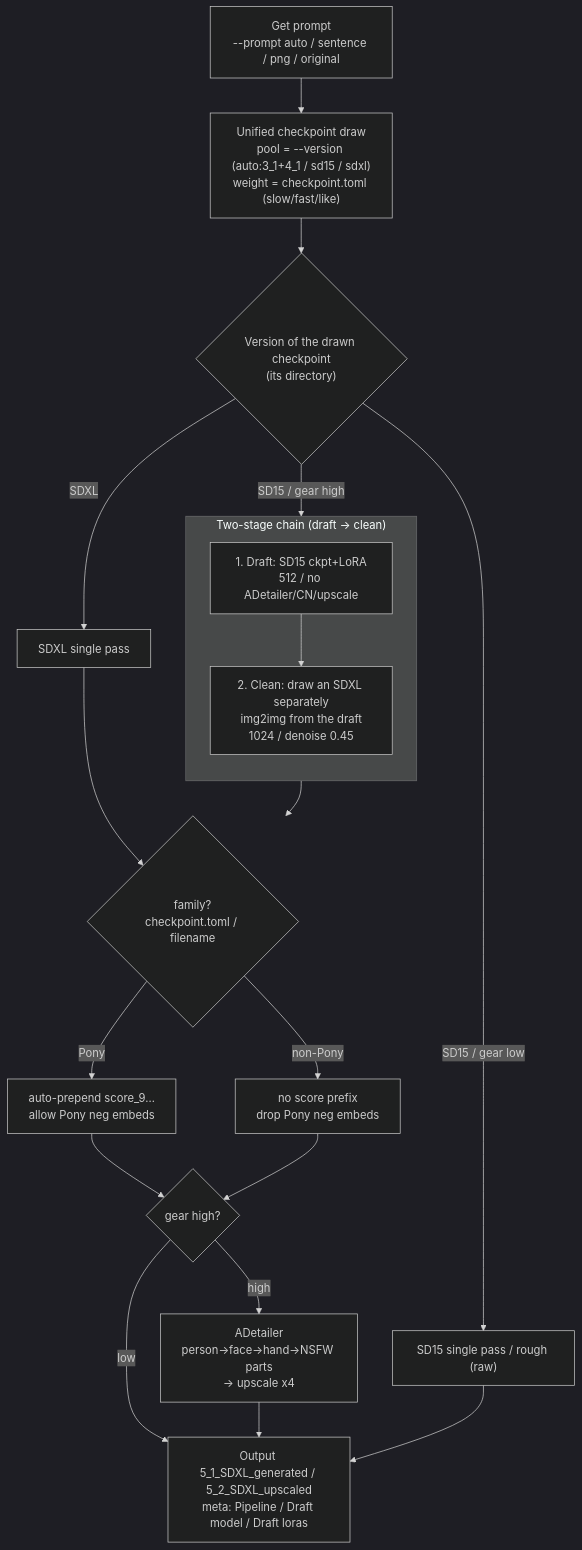
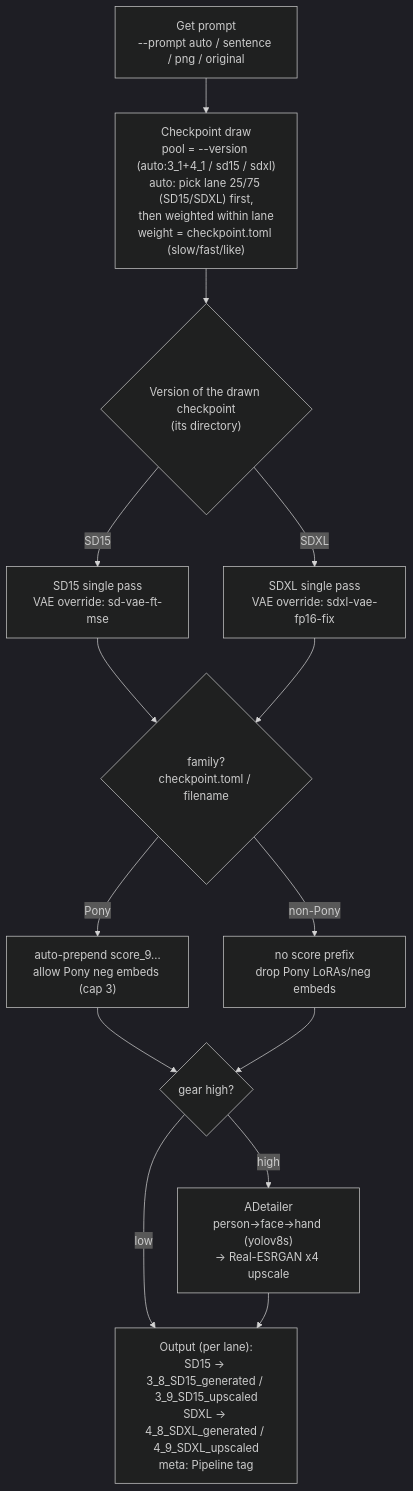
One commit to AZO234/comfyui_playground changed the diagram in README.md. Above: the diagram before and after it, drawn with Mermaid (dark theme). The commit also changed other lines of this file and 11 other files, not shown here.

````diff
--- a/README.md
+++ b/README.md
@@ -100,29 +118,21 @@
 ```mermaid
 flowchart TD
   P["Get prompt<br/>--prompt auto / sentence / png / original"]
-  P --> CK["Unified checkpoint draw<br/>pool = --version (auto:3_1+4_1 / sd15 / sdxl)<br/>weight = checkpoint.toml (slow/fast/like)"]
+  P --> CK["Checkpoint draw<br/>pool = --version (auto:3_1+4_1 / sd15 / sdxl)<br/>auto: pick lane 25/75 (SD15/SDXL) first,<br/>then weighted within lane<br/>weight = checkpoint.toml (slow/fast/like)"]
   CK --> V{"Version of the drawn checkpoint<br/>(its directory)"}
 
-  V -->|"SD15 / gear high"| DR1
-  V -->|"SD15 / gear low"| S1["SD15 single pass / rough (raw)"]
-  V -->|"SDXL"| S2["SDXL single pass"]
+  V -->|"SD15"| S1["SD15 single pass<br/>VAE override: sd-vae-ft-mse"]
+  V -->|"SDXL"| S2["SDXL single pass<br/>VAE override: sdxl-vae-fp16-fix"]
 
-  subgraph DR["Two-stage chain (draft → clean)"]
-    direction TB
-    DR1["1. Draft: SD15 ckpt+LoRA<br/>512 / no ADetailer/CN/upscale"]
-    DR1 --> DR2["2. Clean: draw an SDXL separately<br/>img2img from the draft<br/>1024 / denoise 0.45"]
-  end
-
-  DR2 --> FAM
+  S1 --> FAM
   S2 --> FAM
   FAM{"family?<br/>checkpoint.toml / filename"}
-  FAM -->|Pony| FP["auto-prepend score_9…<br/>allow Pony neg embeds"]
-  FAM -->|non-Pony| FN["no score prefix<br/>drop Pony neg embeds"]
+  FAM -->|Pony| FP["auto-prepend score_9…<br/>allow Pony neg embeds (cap 3)"]
+  FAM -->|non-Pony| FN["no score prefix<br/>drop Pony LoRAs/neg embeds"]
 
   FP --> HG{"gear high?"}
   FN --> HG
-  HG -->|high| AD["ADetailer<br/>person→face→hand→NSFW parts<br/>→ upscale x4"]
+  HG -->|high| AD["ADetailer<br/>person→face→hand (yolov8s)<br/>→ Real-ESRGAN x4 upscale"]
   HG -->|low| OUT
-  AD --> OUT["Output 5_1_SDXL_generated / 5_2_SDXL_upscaled<br/>meta: Pipeline / Draft model / Draft loras"]
-  S1 --> OUT
+  AD --> OUT["Output (per lane):<br/>SD15 → 3_8_SD15_generated / 3_9_SD15_upscaled<br/>SDXL → 4_8_SDXL_generated / 4_9_SDXL_upscaled<br/>meta: Pipeline tag"]
 ```
````
